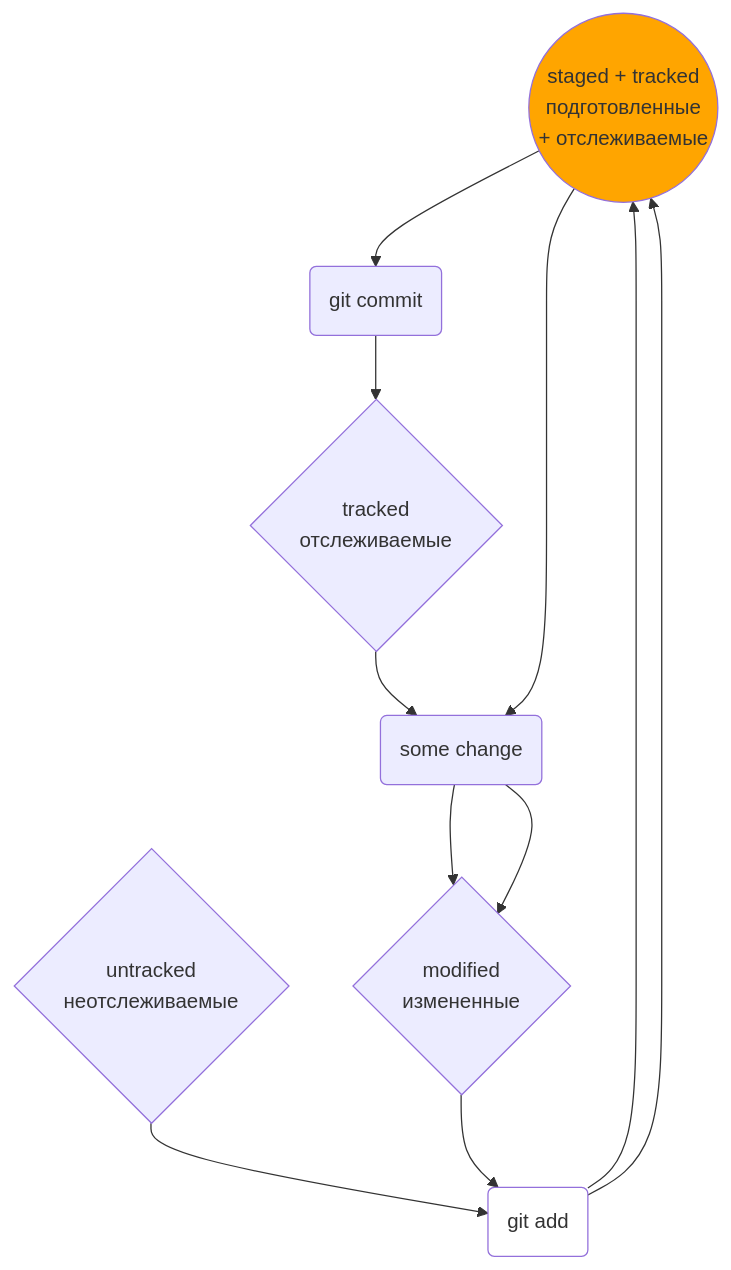
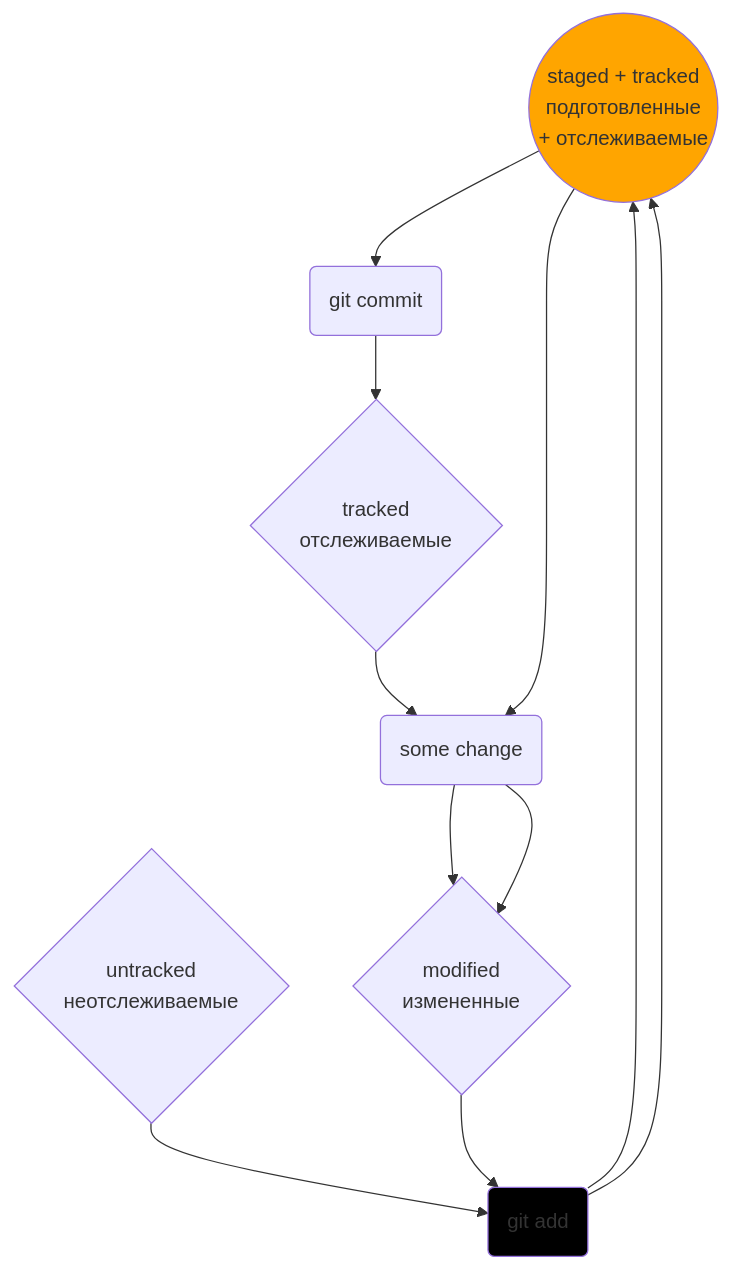
The diagram in README.md (AleksandrVakarin/GitInstructionMermaid), drawn with Mermaid before and after one commit.

````diff
--- a/README.md
+++ b/README.md
@@ -93,20 +93,20 @@
 ```mermaid
 flowchart TD;
 	
 	stg((staged + tracked<br>подготовленные<br> + отслеживаемые))
 	mdf{modified<br>измененные}
 	untr{untracked<br>неотслеживаемые}
 	trcd{tracked<br>отслеживаемые}
 
 	ga(git add)
 	gc(git commit)
 	sc(some change)
-	style ga fill: white
+	style ga fill: black
 
 	untr--> ga -->stg
 	stg--> gc -->trcd
 	trcd--> sc -->mdf
 	mdf--> ga -->stg
 	stg--> sc -->mdf
 	style stg fill: orange
 ```
````
